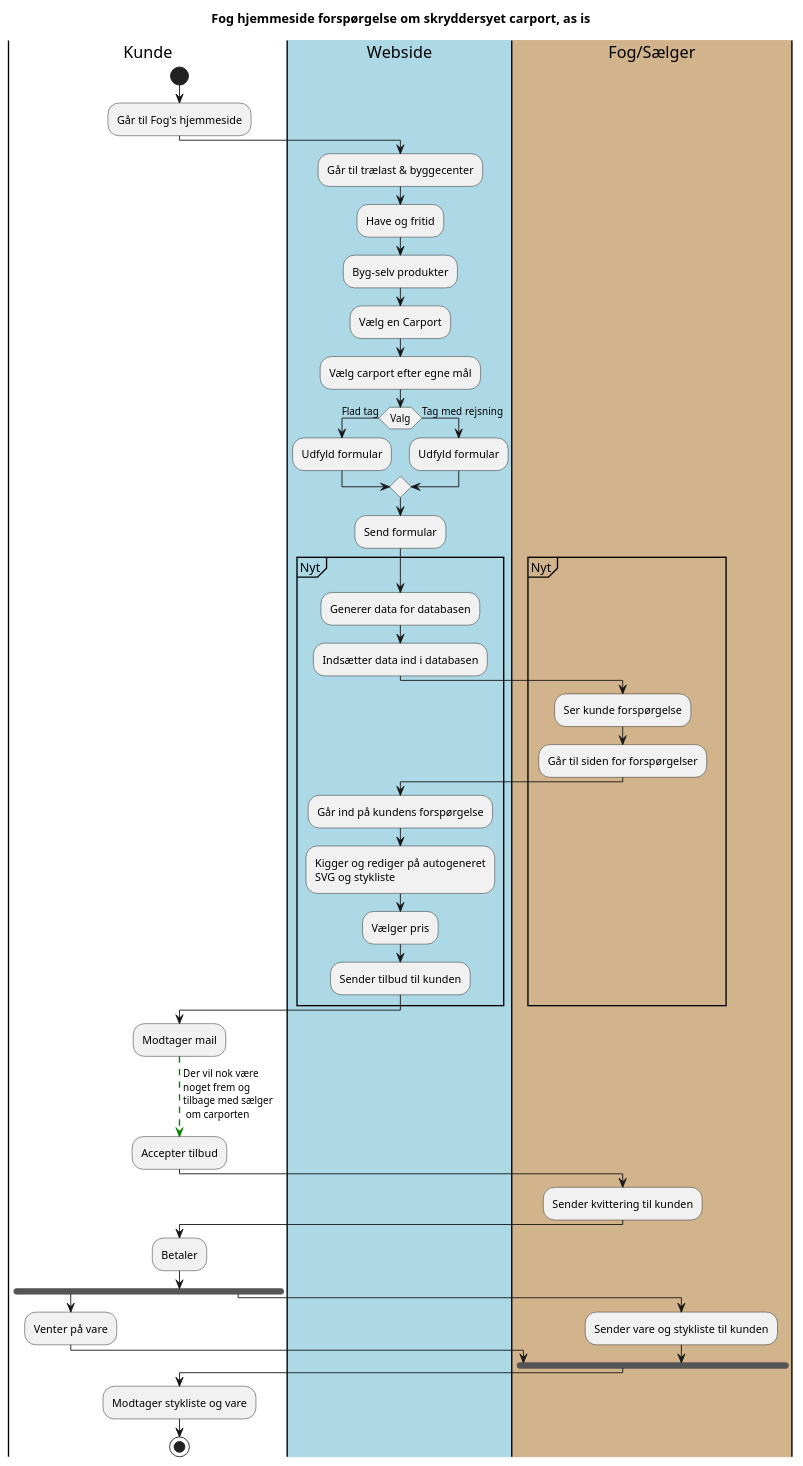
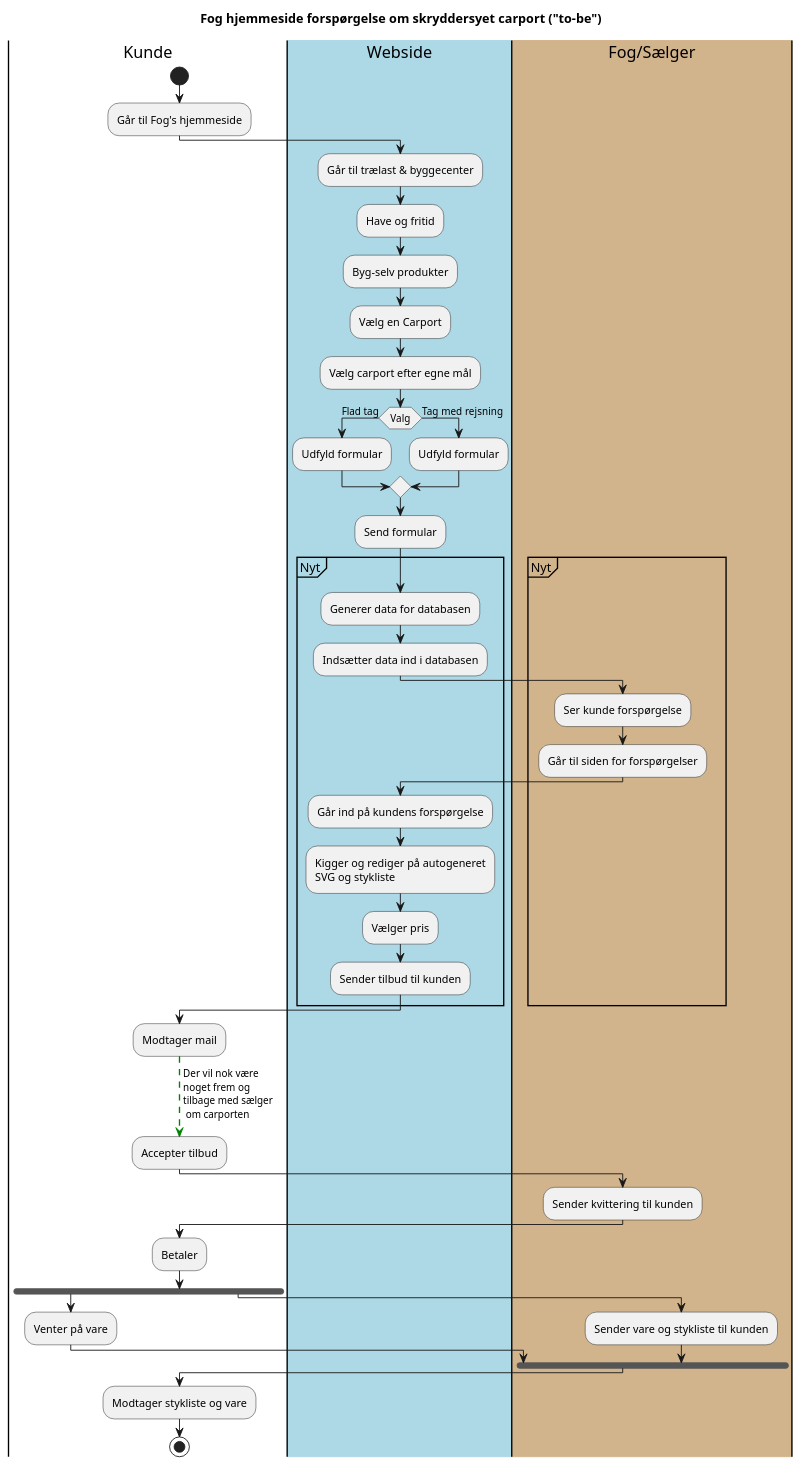
Before and after one commit to Legolai/CarportEksamensProject: the diagram in documentation/activityDiagramToBe.puml, drawn with PlantUML. The commit also changed 5 other files, not shown here.

```diff
--- a/documentation/activityDiagramToBe.puml
+++ b/documentation/activityDiagramToBe.puml
@@ -1,70 +1,70 @@
 @startuml
 'https://plantuml.com/activity-diagram-beta
 
 
-Title Fog hjemmeside forspørgelse om skryddersyet carport, as is
+Title Fog hjemmeside forspørgelse om skryddersyet carport ("to-be")
 |#White|Kunde|
     start
     :Går til Fog's hjemmeside;
 
 |#LightBlue|Webside|
     :Går til trælast & byggecenter;
     :Have og fritid;
     :Byg-selv produkter;
     :Vælg en Carport;
     :Vælg carport efter egne mål;
     if (Valg) then (Flad tag)
         :Udfyld formular;
     else (Tag med rejsning)
         :Udfyld formular;
     endif
     :Send formular;
 
     partition Nyt {
         :Generer data for databasen;
         :Indsætter data ind i databasen;
 
 
 |#Tan|Fog/Sælger|
     :Ser kunde forspørgelse;
     :Går til siden for forspørgelser;
 
 |#LightBlue|Webside|
     :Går ind på kundens forspørgelse;
     :Kigger og rediger på autogeneret
     SVG og stykliste;
     :Vælger pris;
     :Sender tilbud til kunden;
 
 }
 
 |#White|Kunde|
     :Modtager mail;
     -[#green,dashed]-> Der vil nok være
     noget frem og
     tilbage med sælger
      om carporten;
     :Accepter tilbud;
 
 |#Tan|Fog/Sælger|
     :Sender kvittering til kunden;
 
 |#White|Kunde|
     :Betaler;
 
     fork
     |#White|Kunde|
         :Venter på vare;
     fork again
     |#Tan|Fog/Sælger|
         :Sender vare og stykliste til kunden;
     end fork
 
 
 |#White|Kunde|
     :Modtager stykliste og vare;
 
 
 stop
 
 @enduml
```
